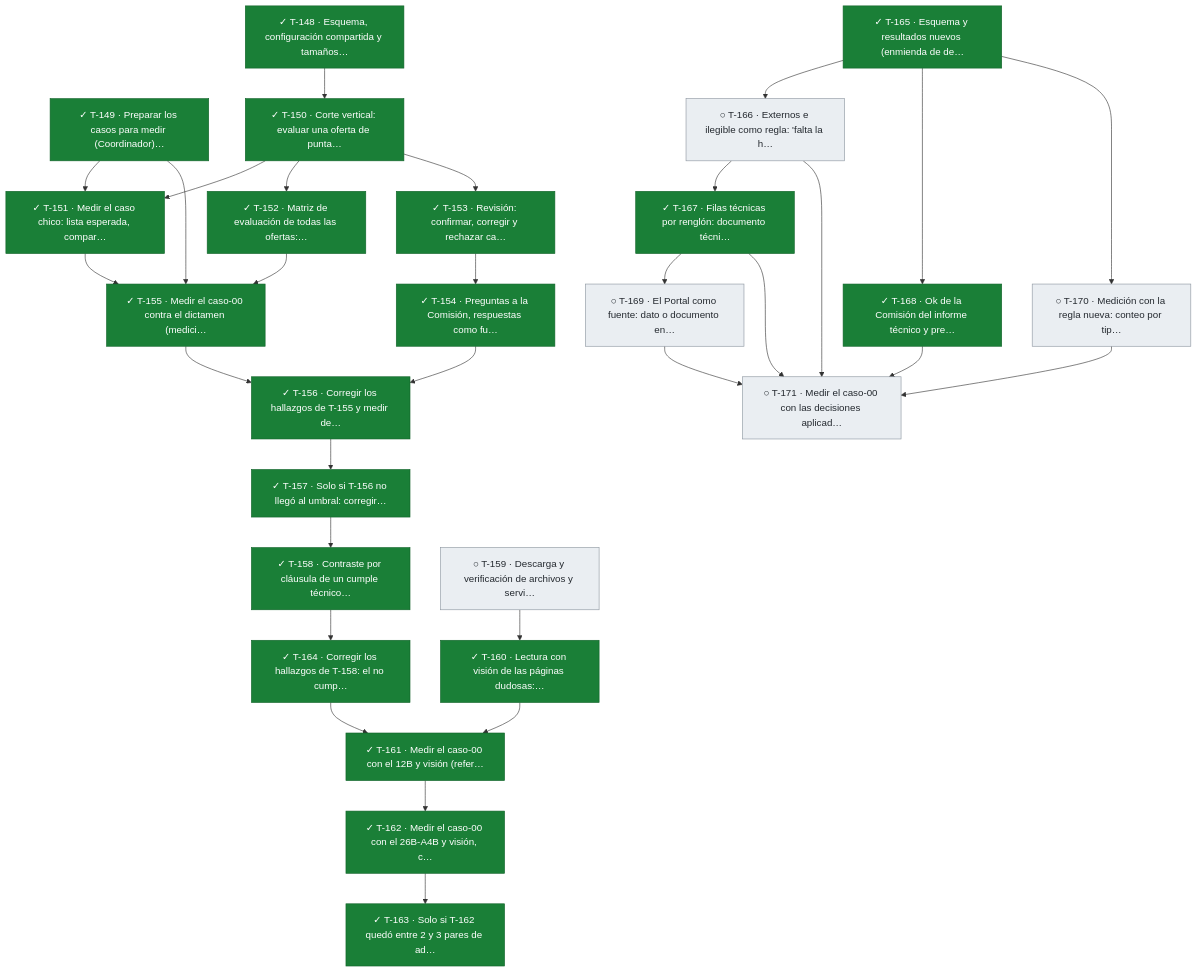
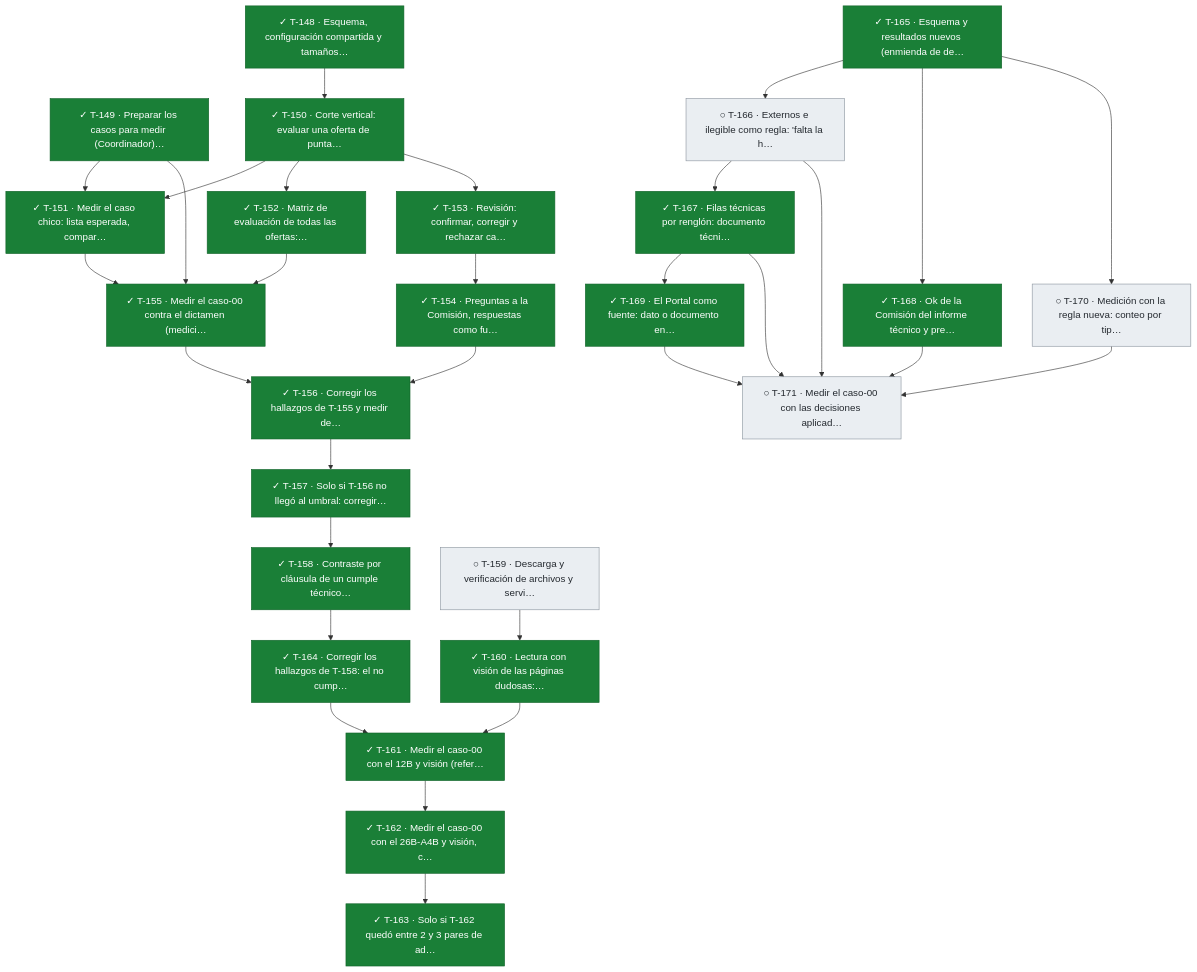
The seventh of 11 diagrams in docs/tablero.md (snavello/EVALUON), drawn with Mermaid before and after one commit. The commit also changed other lines of this file and 1 other file, not shown here.

````diff
--- a/docs/tablero.md
+++ b/docs/tablero.md
@@ -699,61 +699,61 @@
 ```mermaid
 flowchart TD
   T148["✓ T-148 · Esquema, configuración compartida y tamaños…"]:::done
   T149["✓ T-149 · Preparar los casos para medir (Coordinador)…"]:::done
   T150["✓ T-150 · Corte vertical: evaluar una oferta de punta…"]:::done
   T151["✓ T-151 · Medir el caso chico: lista esperada, compar…"]:::done
   T152["✓ T-152 · Matriz de evaluación de todas las ofertas:…"]:::done
   T153["✓ T-153 · Revisión: confirmar, corregir y rechazar ca…"]:::done
   T154["✓ T-154 · Preguntas a la Comisión, respuestas como fu…"]:::done
   T155["✓ T-155 · Medir el caso-00 contra el dictamen (medici…"]:::done
   T156["✓ T-156 · Corregir los hallazgos de T-155 y medir de…"]:::done
   T157["✓ T-157 · Solo si T-156 no llegó al umbral: corregir…"]:::done
   T158["✓ T-158 · Contraste por cláusula de un cumple técnico…"]:::done
   T164["✓ T-164 · Corregir los hallazgos de T-158: el no cump…"]:::done
   T159["○ T-159 · Descarga y verificación de archivos y servi…"]:::todo
   T160["✓ T-160 · Lectura con visión de las páginas dudosas:…"]:::done
   T161["✓ T-161 · Medir el caso-00 con el 12B y visión (refer…"]:::done
   T162["✓ T-162 · Medir el caso-00 con el 26B-A4B y visión, c…"]:::done
   T163["✓ T-163 · Solo si T-162 quedó entre 2 y 3 pares de ad…"]:::done
   T165["✓ T-165 · Esquema y resultados nuevos (enmienda de de…"]:::done
   T166["○ T-166 · Externos e ilegible como regla: 'falta la h…"]:::todo
   T167["✓ T-167 · Filas técnicas por renglón: documento técni…"]:::done
   T168["✓ T-168 · Ok de la Comisión del informe técnico y pre…"]:::done
-  T169["○ T-169 · El Portal como fuente: dato o documento en…"]:::todo
+  T169["✓ T-169 · El Portal como fuente: dato o documento en…"]:::done
   T170["○ T-170 · Medición con la regla nueva: conteo por tip…"]:::todo
   T171["○ T-171 · Medir el caso-00 con las decisiones aplicad…"]:::todo
   T148 --> T150
   T149 --> T151
   T150 --> T151
   T150 --> T152
   T150 --> T153
   T153 --> T154
   T149 --> T155
   T151 --> T155
   T152 --> T155
   T154 --> T156
   T155 --> T156
   T156 --> T157
   T157 --> T158
   T158 --> T164
   T159 --> T160
   T160 --> T161
   T164 --> T161
   T161 --> T162
   T162 --> T163
   T165 --> T166
   T166 --> T167
   T165 --> T168
   T167 --> T169
   T165 --> T170
   T166 --> T171
   T167 --> T171
   T168 --> T171
   T169 --> T171
   T170 --> T171
   classDef done fill:#1a7f37,stroke:#116329,color:#ffffff
   classDef review fill:#0969da,stroke:#0550ae,color:#ffffff
   classDef active fill:#bf8700,stroke:#7d4e00,color:#ffffff
   classDef blocked fill:#cf222e,stroke:#a40e26,color:#ffffff
   classDef todo fill:#eaeef2,stroke:#8c959f,color:#24292f
 ```
````
